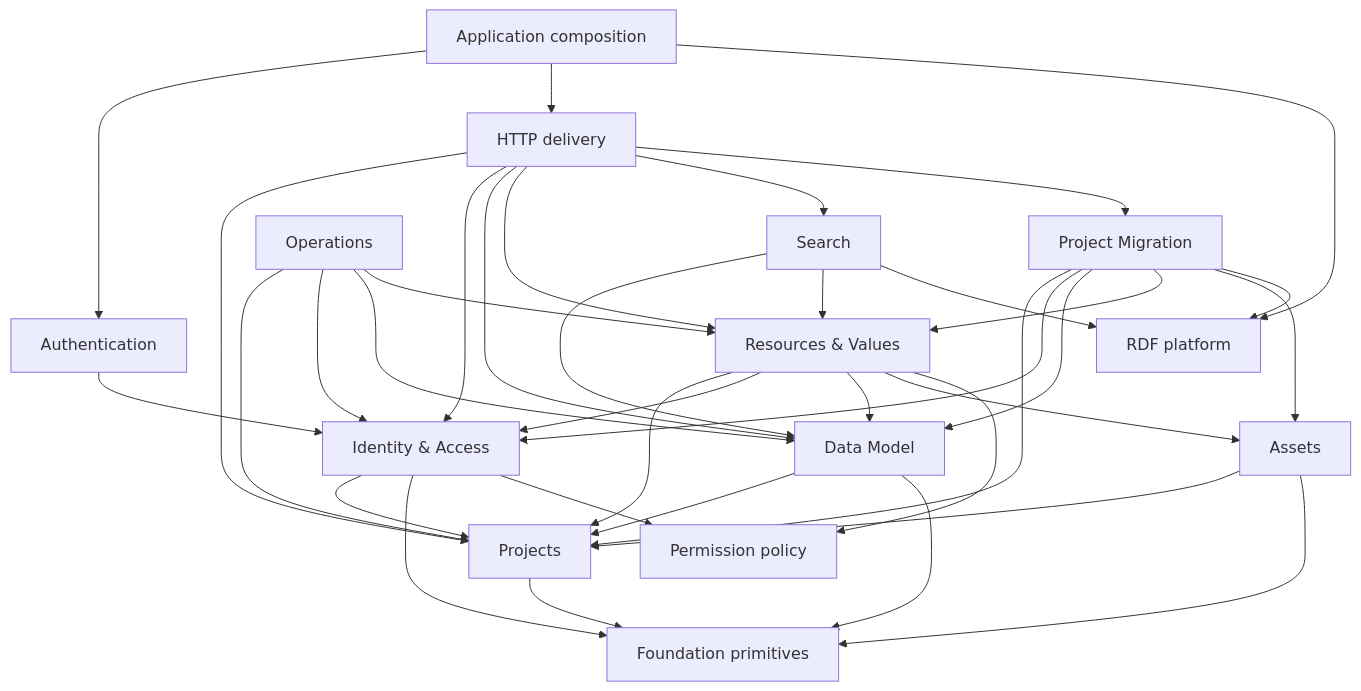
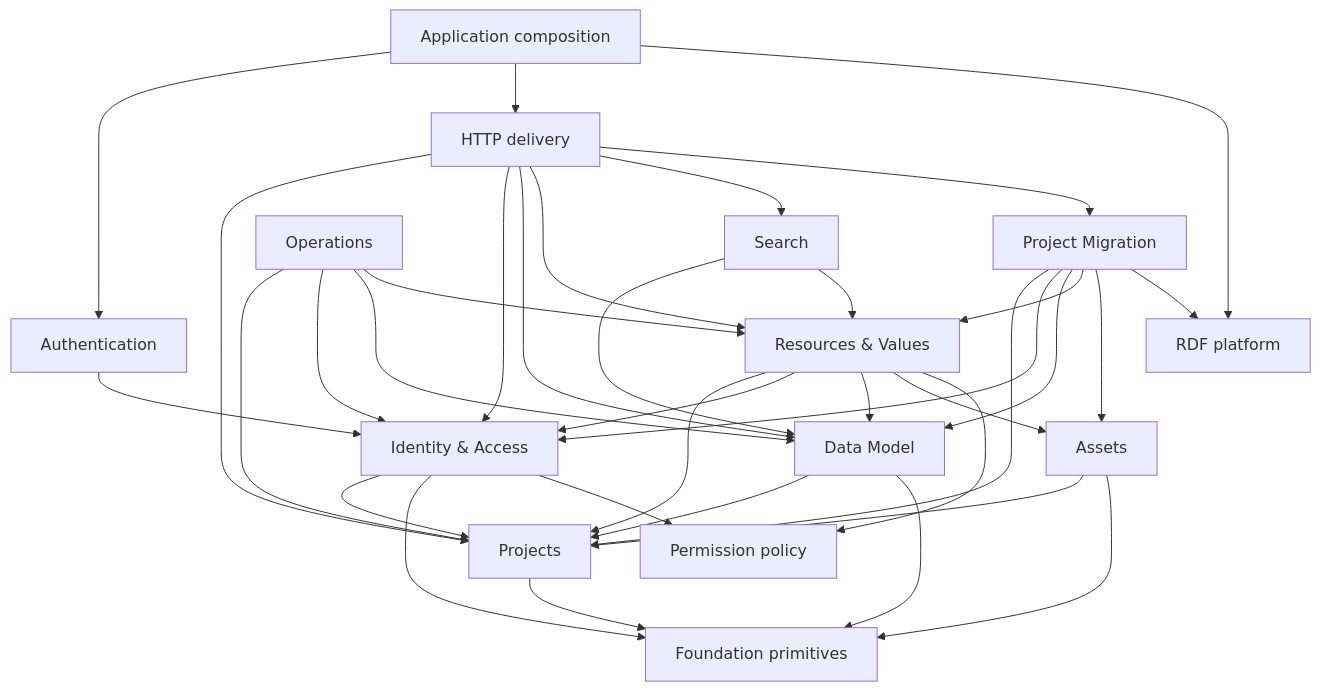
The diagram in CONTEXT.md (dasch-swiss/dsp-api), drawn with Mermaid before and after one commit. The commit also changed other lines of this file and 13 other files, not shown here.

````diff
--- a/CONTEXT.md
+++ b/CONTEXT.md
@@ -103,56 +111,55 @@
 ```mermaid
 graph TD
     FP["Foundation primitives"]
     PP["Permission policy"]
     RDF["RDF platform"]
 
     PROJECTS["Projects"]
     IAM["Identity & Access"]
     DM["Data Model"]
     ASSETS["Assets"]
     RV["Resources & Values"]
     SEARCH["Search"]
     MIGRATION["Project Migration"]
     OPS["Operations"]
 
     AUTHN["Authentication"]
     HTTP["HTTP delivery"]
     APP["Application composition"]
 
     PROJECTS --> FP
     IAM --> PROJECTS
     IAM --> FP
     IAM --> PP
     DM --> PROJECTS
     DM --> FP
     ASSETS --> PROJECTS
     ASSETS --> FP
     RV --> PROJECTS
     RV --> IAM
     RV --> DM
     RV --> ASSETS
     RV --> PP
     SEARCH --> DM
     SEARCH --> RV
-    SEARCH --> RDF
     MIGRATION --> PROJECTS
     MIGRATION --> IAM
     MIGRATION --> DM
     MIGRATION --> RV
     MIGRATION --> ASSETS
     MIGRATION --> RDF
     OPS --> PROJECTS
     OPS --> IAM
     OPS --> DM
     OPS --> RV
     AUTHN --> IAM
     HTTP --> PROJECTS
     HTTP --> IAM
     HTTP --> DM
     HTTP --> RV
     HTTP --> SEARCH
     HTTP --> MIGRATION
     APP --> AUTHN
     APP --> HTTP
     APP --> RDF
 ```
````
